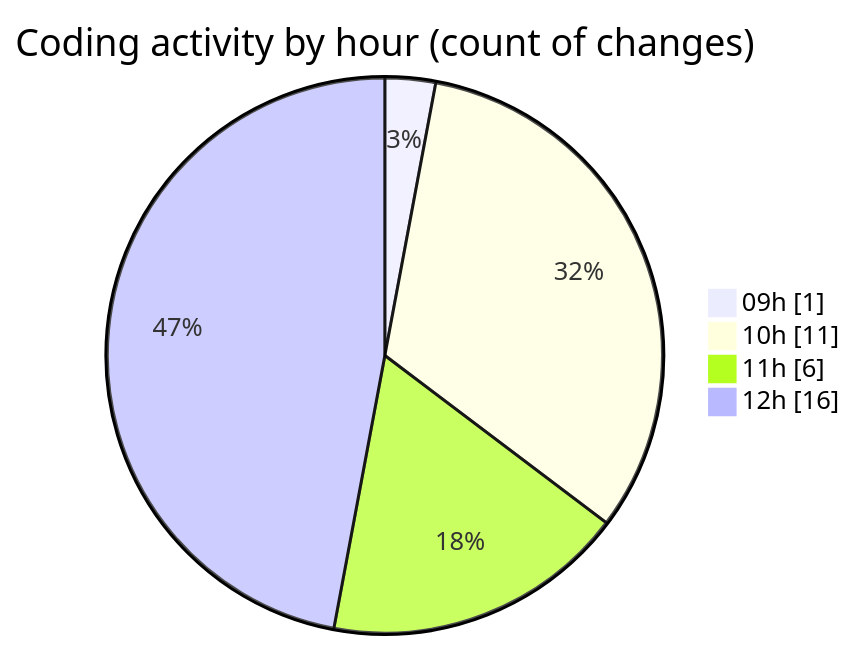
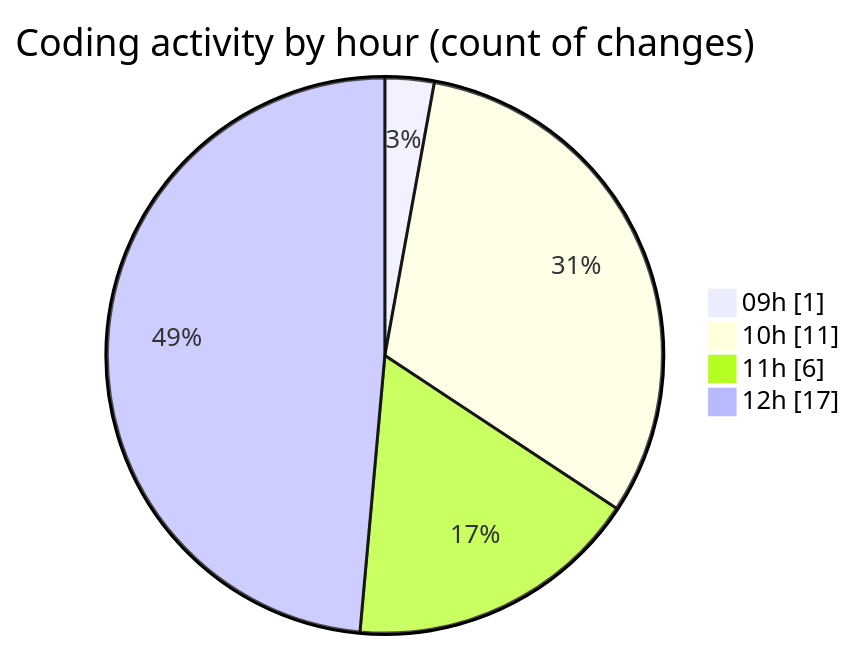
The second of 2 diagrams in 2026-09-28/cda/README.md (momahboobian/code-tracking), drawn with Mermaid before and after one commit. The commit also changed other lines of this file and 1 other file, not shown here.

````diff
--- a/2026-09-28/cda/README.md
+++ b/2026-09-28/cda/README.md
@@ -44,8 +45,8 @@
 ```mermaid
 pie showData
 title Coding activity by hour (count of changes)
 "09h" : 1
 "10h" : 11
 "11h" : 6
-"12h" : 16
+"12h" : 17
 ```
````
